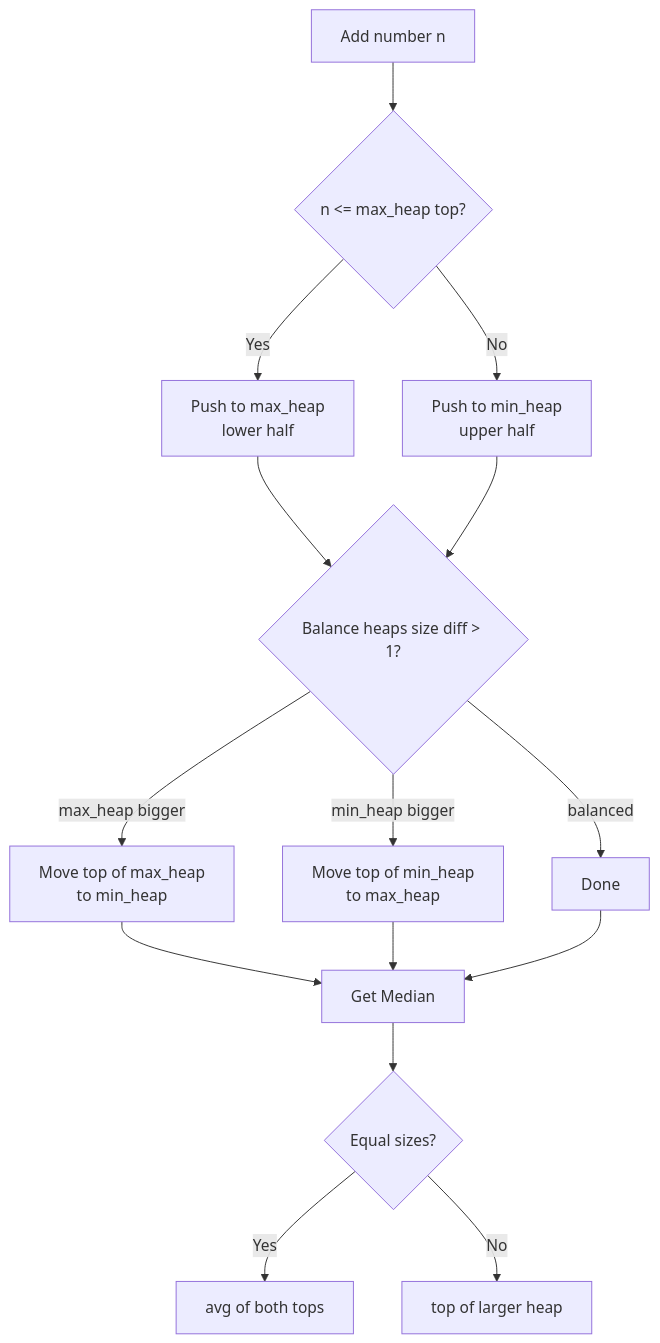
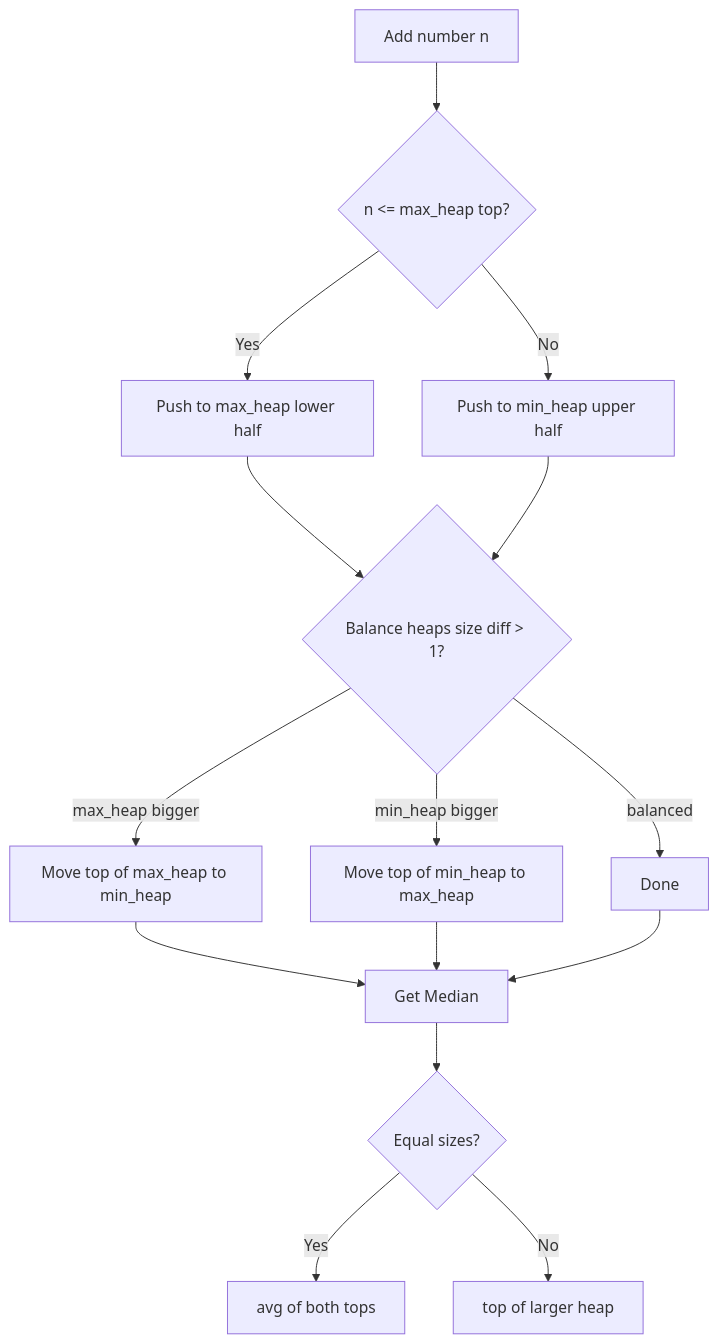
One commit to deepanshu-rawat6/AlgoAtlas changed the fourth of 7 diagrams in heap/README.md. Above: the diagram before and after it, drawn with Mermaid. The commit also changed other lines of this file and 13 other files, not shown here.

````diff
--- a/heap/README.md
+++ b/heap/README.md
@@ -77,17 +77,17 @@
 ```mermaid
 flowchart TD
     A[Add number n] --> B{"n <= max_heap top?"}
-    B -- Yes --> C[Push to max_heap<br>lower half]
-    B -- No --> D[Push to min_heap<br>upper half]
+    B -- Yes --> C[Push to max_heap lower half]
+    B -- No --> D[Push to min_heap upper half]
     C --> E{"Balance heaps size diff > 1?"}
     D --> E
-    E -- max_heap bigger --> F[Move top of max_heap<br>to min_heap]
-    E -- min_heap bigger --> G[Move top of min_heap<br>to max_heap]
+    E -- max_heap bigger --> F[Move top of max_heap to min_heap]
+    E -- min_heap bigger --> G[Move top of min_heap to max_heap]
     E -- balanced --> H[Done]
     F --> I[Get Median]
     G --> I
     H --> I
     I --> J{"Equal sizes?"}
     J -- Yes --> K[avg of both tops]
     J -- No --> L[top of larger heap]
 ```
````
